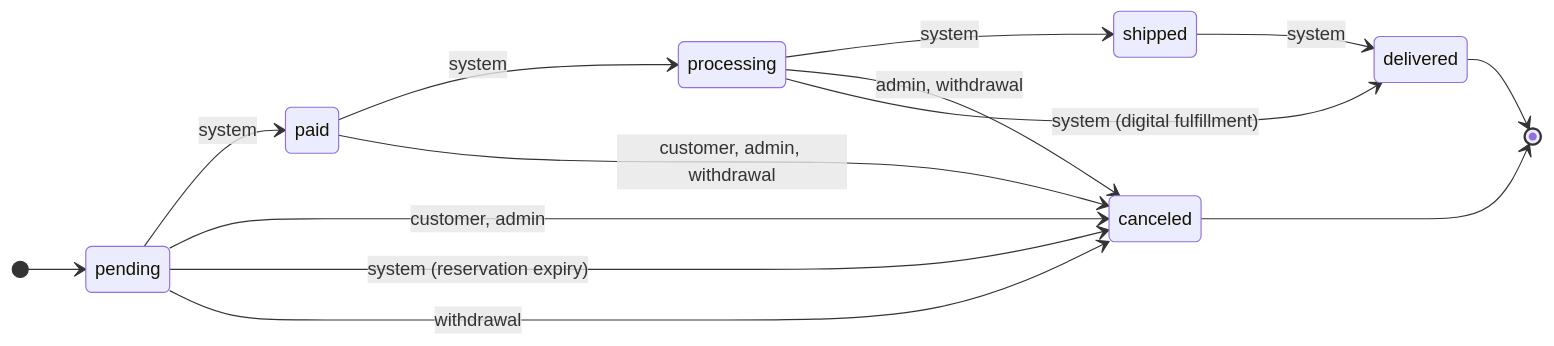
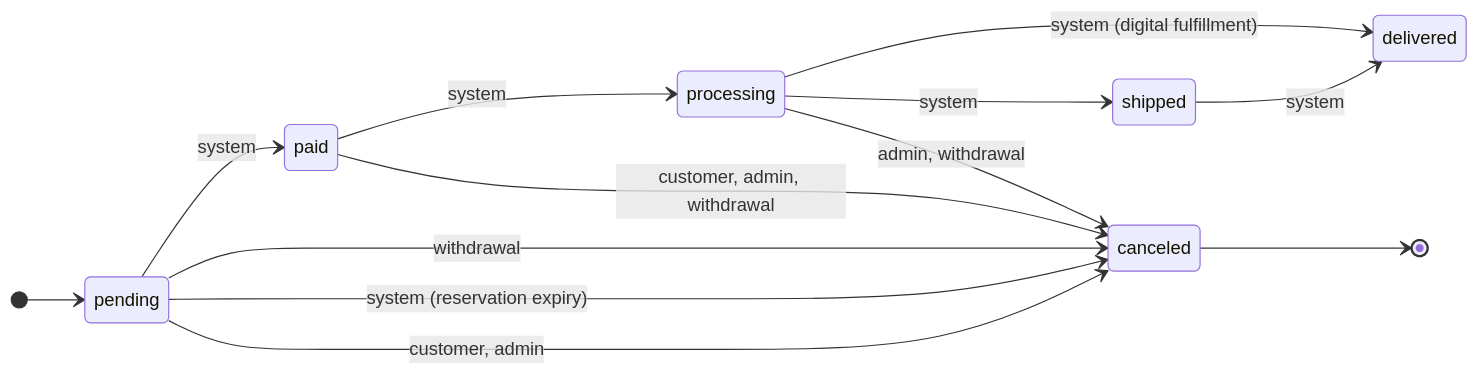
One commit to Guebbit/boilerplate-node-backend changed the second of 12 diagrams in docs/theory/tactical-ddd.md. Above: the diagram before and after it, drawn with Mermaid. The commit also changed other lines of this file and 17 other files, not shown here.

````diff
--- a/docs/theory/tactical-ddd.md
+++ b/docs/theory/tactical-ddd.md
@@ -64,18 +65,17 @@
 ```mermaid
 %%{init: {'stateDiagram': {'nodeSpacing': 40}}}%%
 stateDiagram-v2
     direction LR
     [*] --> pending
     pending --> paid: system
     pending --> canceled: customer, admin
     pending --> canceled: system (reservation expiry)
     pending --> canceled: withdrawal
     paid --> processing: system
     paid --> canceled: customer, admin, withdrawal
     processing --> shipped: system
     processing --> canceled: admin, withdrawal
     shipped --> delivered: system
     processing --> delivered: system (digital fulfillment)
-    delivered --> [*]
     canceled --> [*]
 ```
````
